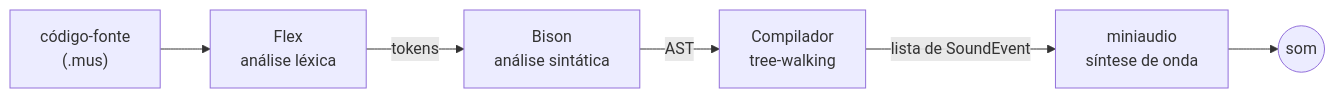
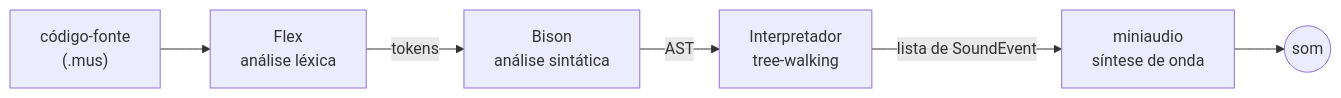
One commit to Interpretador-Musical/Grupo03-COMP01 changed the diagram in docs/index.md. Above: the diagram before and after it, drawn with Mermaid. The commit also changed other lines of this file and 1 other file, not shown here.

````diff
--- a/docs/index.md
+++ b/docs/index.md
@@ -39,8 +41,8 @@
 ```mermaid
 flowchart LR
   A["código-fonte<br/>(.mus)"] --> B["Flex<br/>análise léxica"]
   B -- tokens --> C["Bison<br/>análise sintática"]
-  C -- AST --> D["Compilador<br/>tree-walking"]
+  C -- AST --> D["Interpretador<br/>tree-walking"]
   D -- "lista de SoundEvent" --> E["miniaudio<br/>síntese de onda"]
   E --> F(("som"))
 ```
````
